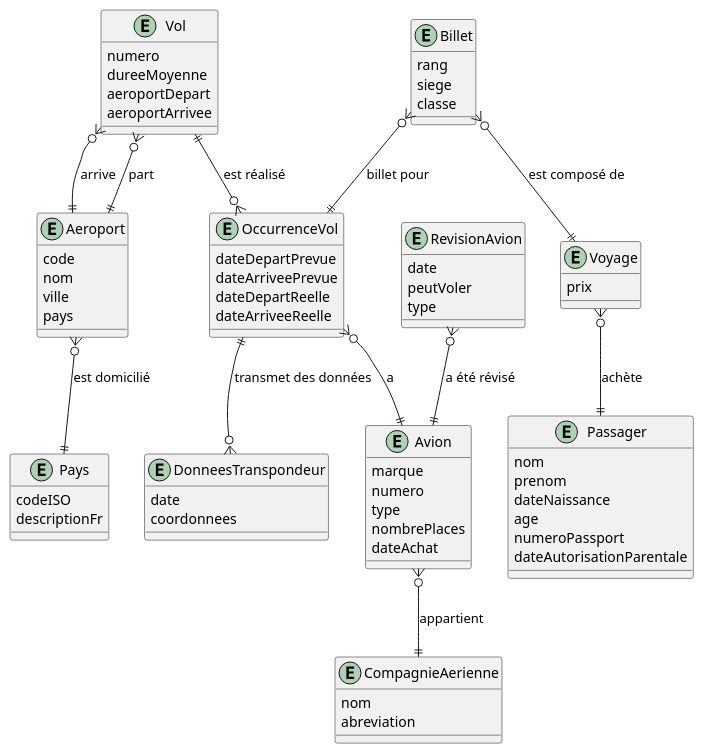
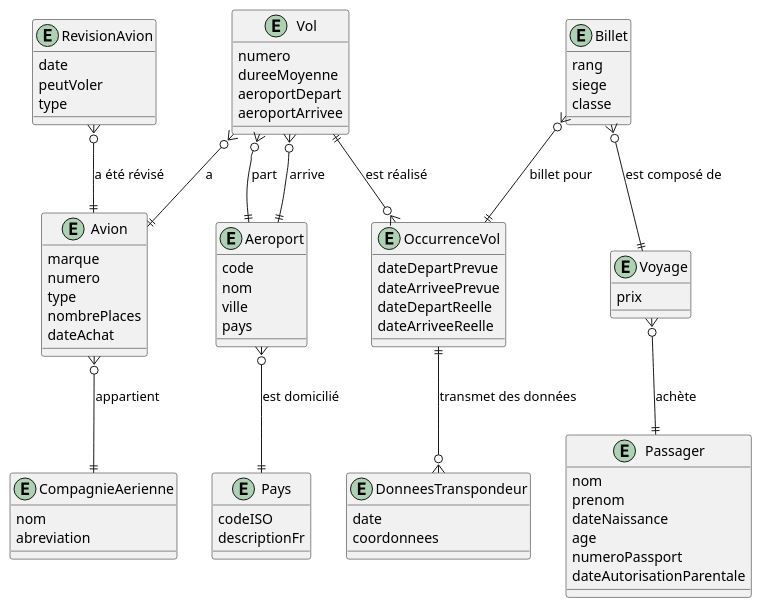
Before and after one commit to rparadiscsfoy/420-W34-SF-TP01: the diagram in ERD/airline_reservation.wsd, drawn with PlantUML. The commit also changed 3 other files, not shown here.

```diff
--- a/ERD/airline_reservation.wsd
+++ b/ERD/airline_reservation.wsd
@@ -1,95 +1,93 @@
 @startuml erd_airline_reservation_logique
 
 entity Pays {
     codeISO
     descriptionFr
+}
+
+entity Avion {
+    marque
+    numero
+    type
+    nombrePlaces
+    dateAchat
 }
 
 entity Aeroport {
     code
     nom
     ville
     pays
 }
 
 entity OccurrenceVol {
     dateDepartPrevue
     dateArriveePrevue
     dateDepartReelle
     dateArriveeReelle
 }
 
 entity Vol {
     numero
     dureeMoyenne
     aeroportDepart
     aeroportArrivee
 }
 
 entity DonneesTranspondeur {
     date
     coordonnees
-}
-
-entity Avion {
-    marque
-    numero
-    type
-    nombrePlaces
-    dateAchat
 }
 
 entity RevisionAvion {
     date
     peutVoler
     type 
     ' https://fr.wikipedia.org/wiki/Visites_de_maintenance_des_avions
     ' A : / mois ou 500h de vol
     ' C : 
 }
 
 entity CompagnieAerienne {
     nom
     abreviation
 }
 
 entity Voyage {
     prix
 }
 
 entity Billet {
     rang
     siege
     classe
 }
 
 entity Passager {
     nom
     prenom
     dateNaissance
     age
     numeroPassport
     dateAutorisationParentale
 }
 
 Vol }o--|| Aeroport: arrive
 Vol }o--|| Aeroport: part
-'Vol }o--|| Avion: a
+Vol }o--|| Avion: a
 Vol ||--o{ OccurrenceVol: est réalisé
 
 Avion }o--|| CompagnieAerienne: appartient
 
 Billet }o--|| Voyage: est composé de
 Billet }o--|| OccurrenceVol: billet pour
 
 Voyage }o--|| Passager: achète
 
 Aeroport }o--|| Pays: est domicilié
 
 OccurrenceVol ||--o{ DonneesTranspondeur: transmet des données
-OccurrenceVol }o--|| Avion: a
-
 
 RevisionAvion }o--|| Avion: a été révisé
 
 @enduml
```
